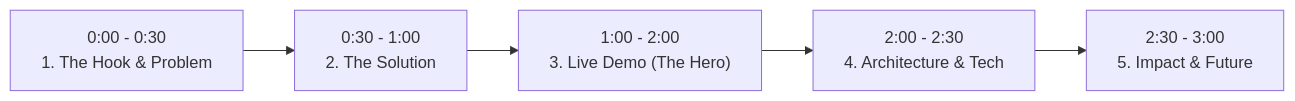
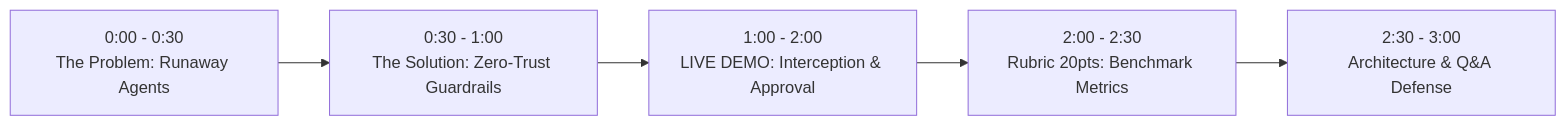
One commit to mayank725-gif/Comit-Con-Hackathon changed the diagram in PITCH_DECK_GUIDE.md. Above: the diagram before and after it, drawn with Mermaid. The commit also changed other lines of this file and 1 other file, not shown here.

Commit message:
docs: finalize Problem 3 pitch script and submission writeup with live Vercel URL

````diff
--- a/PITCH_DECK_GUIDE.md
+++ b/PITCH_DECK_GUIDE.md
@@ -9,7 +10,7 @@
 ```mermaid
 flowchart LR
-    S1["0:00 - 0:30<br/>1. The Hook & Problem"] --> S2["0:30 - 1:00<br/>2. The Solution"]
-    S2 --> S3["1:00 - 2:00<br/>3. Live Demo (The Hero)"]
-    S3 --> S4["2:00 - 2:30<br/>4. Architecture & Tech"]
-    S4 --> S5["2:30 - 3:00<br/>5. Impact & Future"]
+    S1["0:00 - 0:30<br/>The Problem: Runaway Agents"] --> S2["0:30 - 1:00<br/>The Solution: Zero-Trust Guardrails"]
+    S2 --> S3["1:00 - 2:00<br/>LIVE DEMO: Interception & Approval"]
+    S3 --> S4["2:00 - 2:30<br/>Rubric 20pts: Benchmark Metrics"]
+    S4 --> S5["2:30 - 3:00<br/>Architecture & Q&A Defense"]
 ```
````
